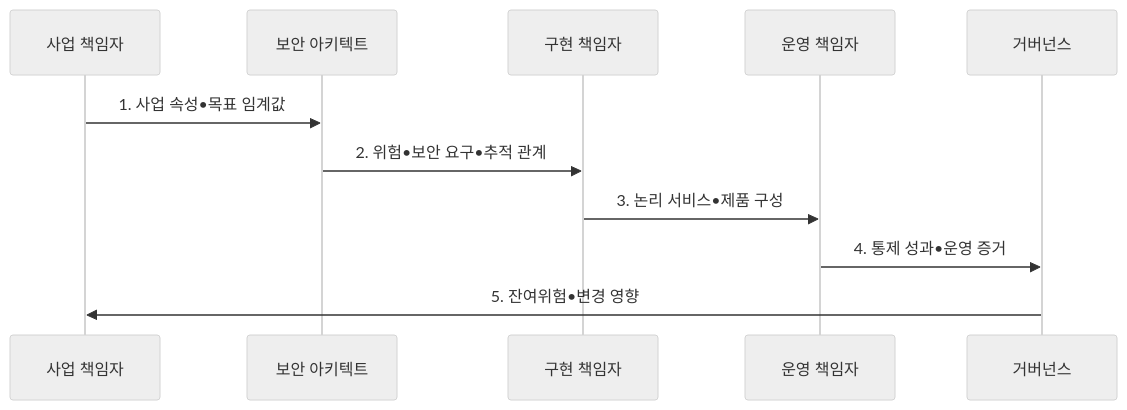
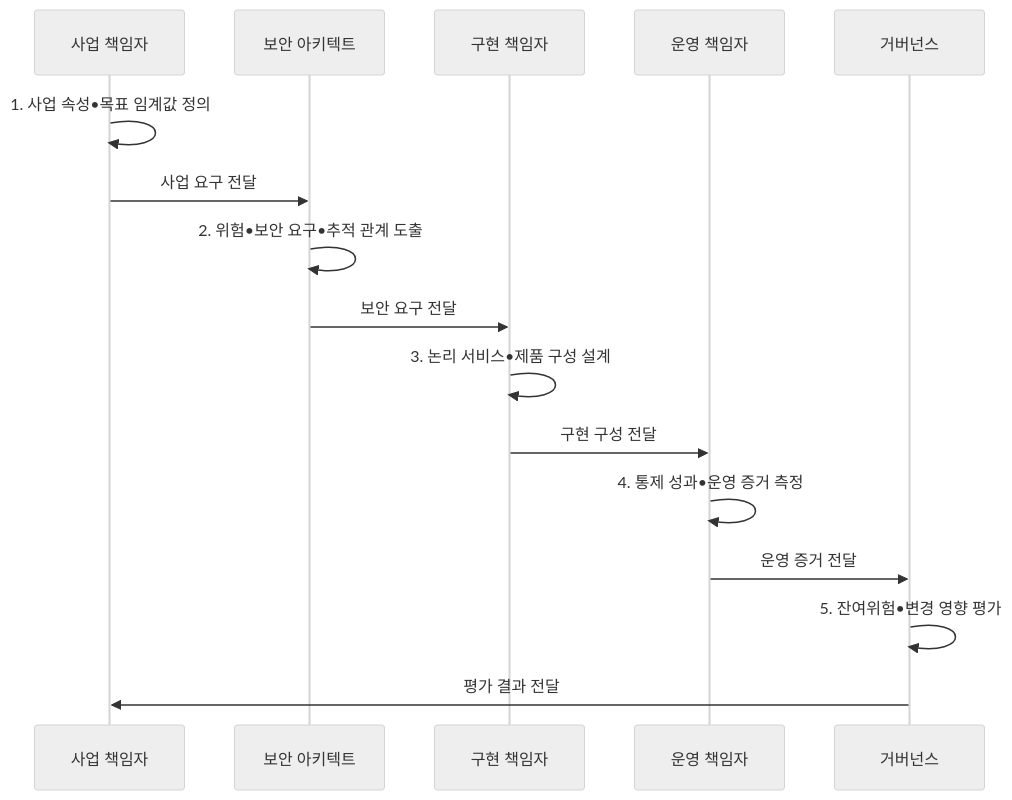
Before and after one commit to agnusdei1207/knowledge-base: the second of 2 diagrams in src/content/docs/notes/05-security/139_sabsa_security_architecture.md, drawn with Mermaid (neutral theme). The commit also changed other lines of this file and 19 other files, not shown here.

````diff
--- a/src/content/docs/notes/05-security/139_sabsa_security_architecture.md
+++ b/src/content/docs/notes/05-security/139_sabsa_security_architecture.md
@@ -97,13 +97,18 @@
 ```mermaid
 sequenceDiagram
   participant B as 사업 책임자
   participant A as 보안 아키텍트
   participant I as 구현 책임자
   participant O as 운영 책임자
   participant G as 거버넌스
-  B->>A: 1. 사업 속성•목표 임계값
-  A->>I: 2. 위험•보안 요구•추적 관계
-  I->>O: 3. 논리 서비스•제품 구성
-  O->>G: 4. 통제 성과•운영 증거
-  G->>B: 5. 잔여위험•변경 영향
+  B->>B: 1. 사업 속성•목표 임계값 정의
+  B->>A: 사업 요구 전달
+  A->>A: 2. 위험•보안 요구•추적 관계 도출
+  A->>I: 보안 요구 전달
+  I->>I: 3. 논리 서비스•제품 구성 설계
+  I->>O: 구현 구성 전달
+  O->>O: 4. 통제 성과•운영 증거 측정
+  O->>G: 운영 증거 전달
+  G->>G: 5. 잔여위험•변경 영향 평가
+  G->>B: 평가 결과 전달
 ```
````
